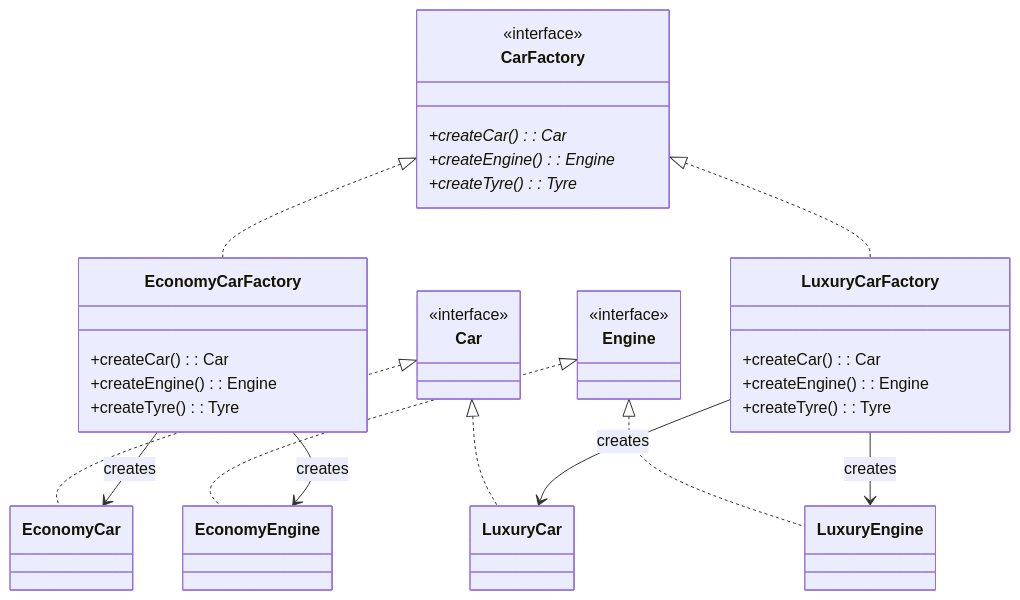
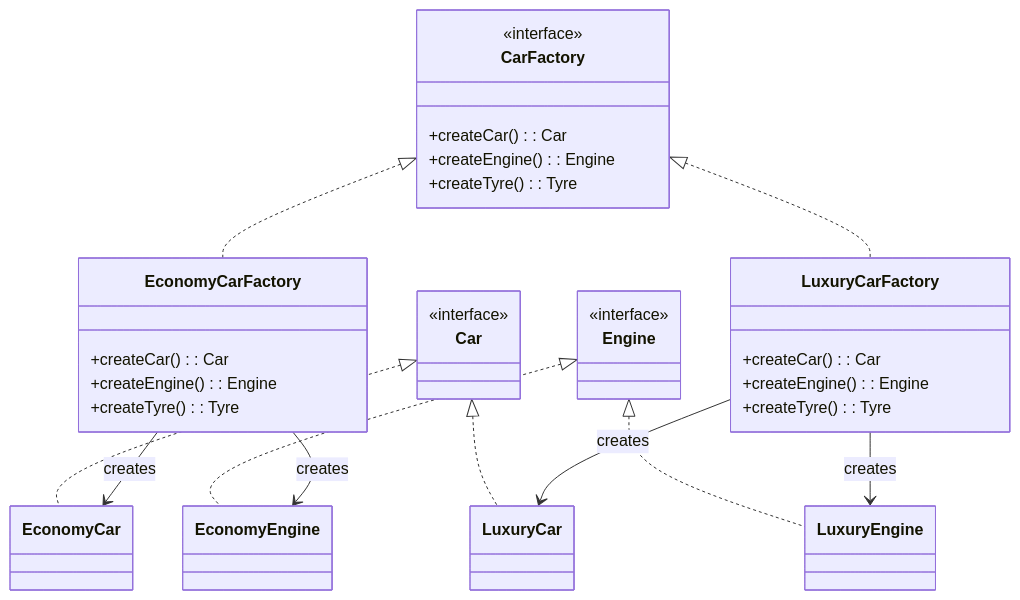
One commit to shahbaz8584/low-level-design changed the diagram in LLD/DesignPattern/creationalDesign/abstractFacotoryPattern/UML/ClassDiagram.md. Above: the diagram before and after it, drawn with Mermaid. The commit also changed 4393 other files, not shown here.

Commit message:
docs: regenerate PDF with SVG diagrams and add pattern references

````diff
--- a/LLD/DesignPattern/creationalDesign/abstractFacotoryPattern/UML/ClassDiagram.md
+++ b/LLD/DesignPattern/creationalDesign/abstractFacotoryPattern/UML/ClassDiagram.md
@@ -3,52 +3,52 @@
 ```mermaid
 classDiagram
     class CarFactory {
         <<interface>>
-        +createCar(): Car*
-        +createEngine(): Engine*
-        +createTyre(): Tyre*
+        +createCar(): Car
+        +createEngine(): Engine
+        +createTyre(): Tyre
     }
-    
+
     class EconomyCarFactory {
         +createCar(): Car
         +createEngine(): Engine
         +createTyre(): Tyre
     }
-    
+
     class LuxuryCarFactory {
         +createCar(): Car
         +createEngine(): Engine
         +createTyre(): Tyre
     }
-    
+
     class Car {
         <<interface>>
     }
-    
+
     class EconomyCar {
     }
-    
+
     class LuxuryCar {
     }
-    
+
     class Engine {
         <<interface>>
     }
-    
+
     class EconomyEngine {
     }
-    
+
     class LuxuryEngine {
     }
-    
+
     CarFactory <|.. EconomyCarFactory
     CarFactory <|.. LuxuryCarFactory
     Car <|.. EconomyCar
     Car <|.. LuxuryCar
     Engine <|.. EconomyEngine
     Engine <|.. LuxuryEngine
     EconomyCarFactory --> EconomyCar: creates
     EconomyCarFactory --> EconomyEngine: creates
     LuxuryCarFactory --> LuxuryCar: creates
     LuxuryCarFactory --> LuxuryEngine: creates
 ```
````
